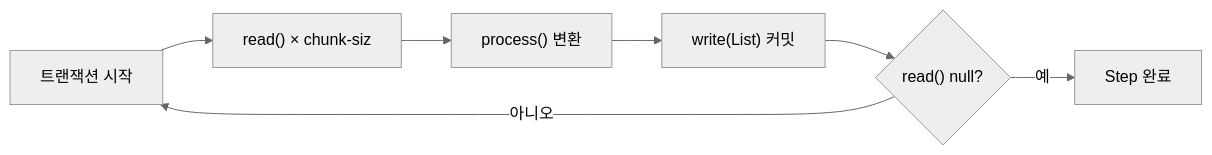
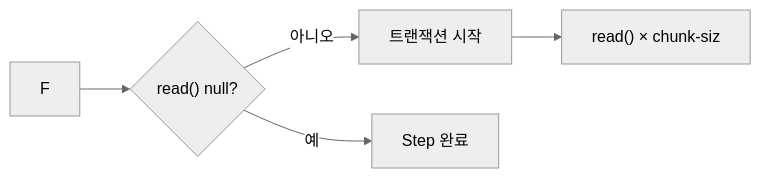
Before and after one commit to yjkim2015/yjkim2015.github.io: the first of 6 diagrams in _posts/batch/2026-05-03-spring-batch-chunk-processing.md, drawn with Mermaid (neutral theme). The commit also changed other lines of this file and 149 other files, not shown here.

First line of the commit message:
Mermaid 가독성 개선: 라벨 축약, 노드 축소, TD→LR 변환

````diff
--- a/_posts/batch/2026-05-03-spring-batch-chunk-processing.md
+++ b/_posts/batch/2026-05-03-spring-batch-chunk-processing.md
@@ -32,9 +32,7 @@
 ```mermaid
 flowchart LR
     B["트랜잭션 시작"] --> C["read() × chunk-siz"]
-    C --> E["process() 변환"]
-    E --> F["write(List) 커밋"]
     F --> H{"read() null?"}
     H -->|"아니오"| B
     H -->|"예"| I["Step 완료"]
 ```
````
